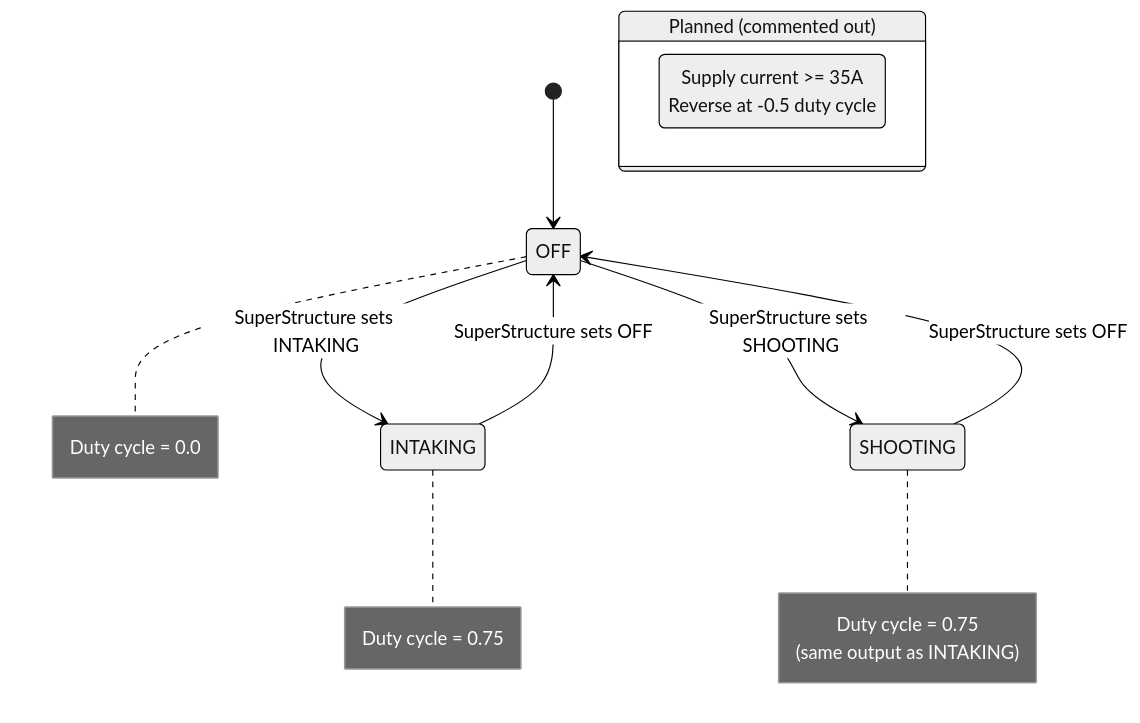
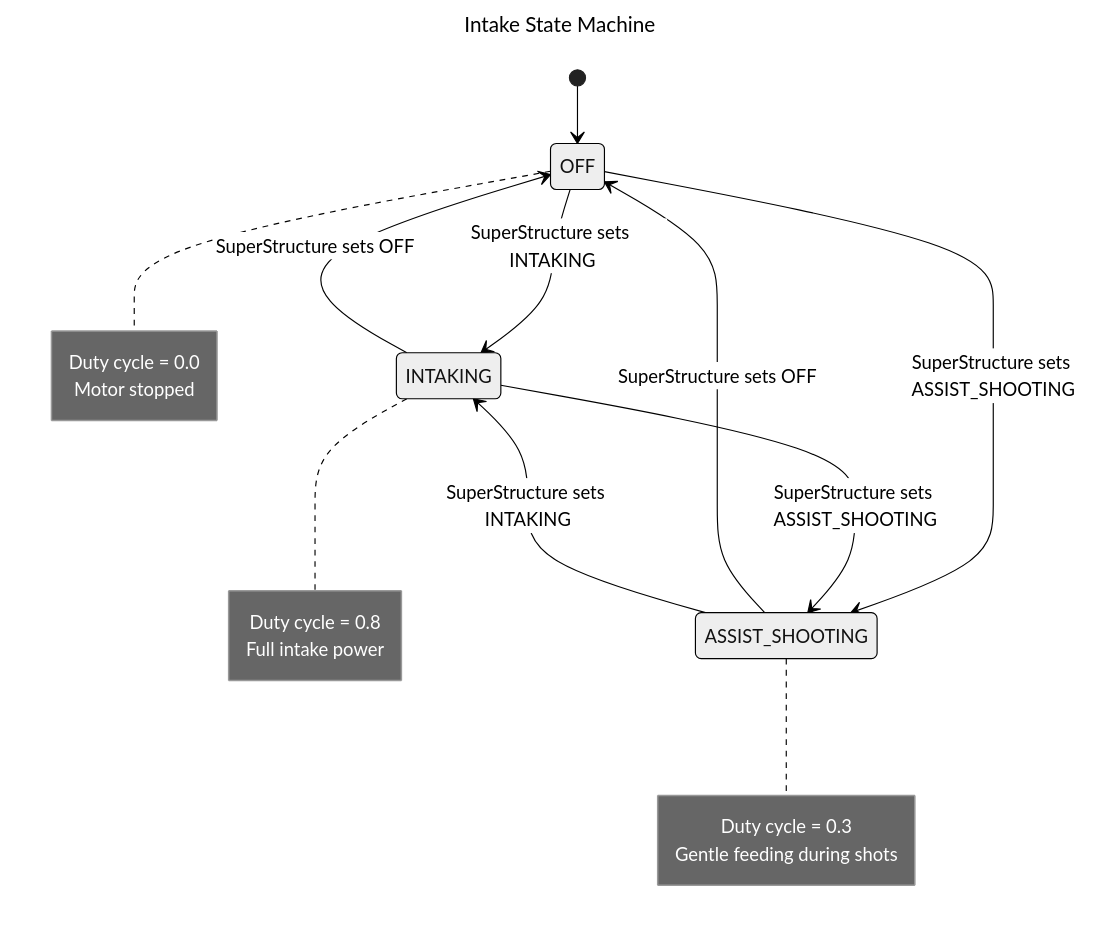
Before and after one commit to FRCTeam360/RainMaker26: the diagram in docs/diagrams/subsystem_states/IntakeStateMachine.mmd, drawn with Mermaid (neutral theme). The commit also changed 13 other files, not shown here.

Commit message:
updating state machine diagrams

```diff
--- a/docs/diagrams/subsystem_states/IntakeStateMachine.mmd
+++ b/docs/diagrams/subsystem_states/IntakeStateMachine.mmd
@@ -1,19 +1,29 @@
-%% Intake State Machine
-%% Reflects actual code in Intake.java
+---
+title: Intake State Machine
+---
 stateDiagram-v2
     [*] --> OFF
 
     OFF --> INTAKING : SuperStructure sets INTAKING
     INTAKING --> OFF : SuperStructure sets OFF
 
-    OFF --> SHOOTING : SuperStructure sets SHOOTING
-    SHOOTING --> OFF : SuperStructure sets OFF
+    OFF --> ASSIST_SHOOTING : SuperStructure sets ASSIST_SHOOTING
+    ASSIST_SHOOTING --> OFF : SuperStructure sets OFF
 
-    note right of OFF : Duty cycle = 0.0
-    note right of INTAKING : Duty cycle = 0.75
-    note right of SHOOTING : Duty cycle = 0.75<br>(same output as INTAKING)
+    INTAKING --> ASSIST_SHOOTING : SuperStructure sets ASSIST_SHOOTING
+    ASSIST_SHOOTING --> INTAKING : SuperStructure sets INTAKING
 
-    %% Planned but commented out
-    state "Planned (commented out)" as PLANNED {
-        JAMMED : Supply current >= 35A<br>Reverse at -0.5 duty cycle
-    }
+    note right of OFF
+        Duty cycle = 0.0
+        Motor stopped
+    end note
+
+    note right of INTAKING
+        Duty cycle = 0.8
+        Full intake power
+    end note
+
+    note right of ASSIST_SHOOTING
+        Duty cycle = 0.3
+        Gentle feeding during shots
+    end note
```
